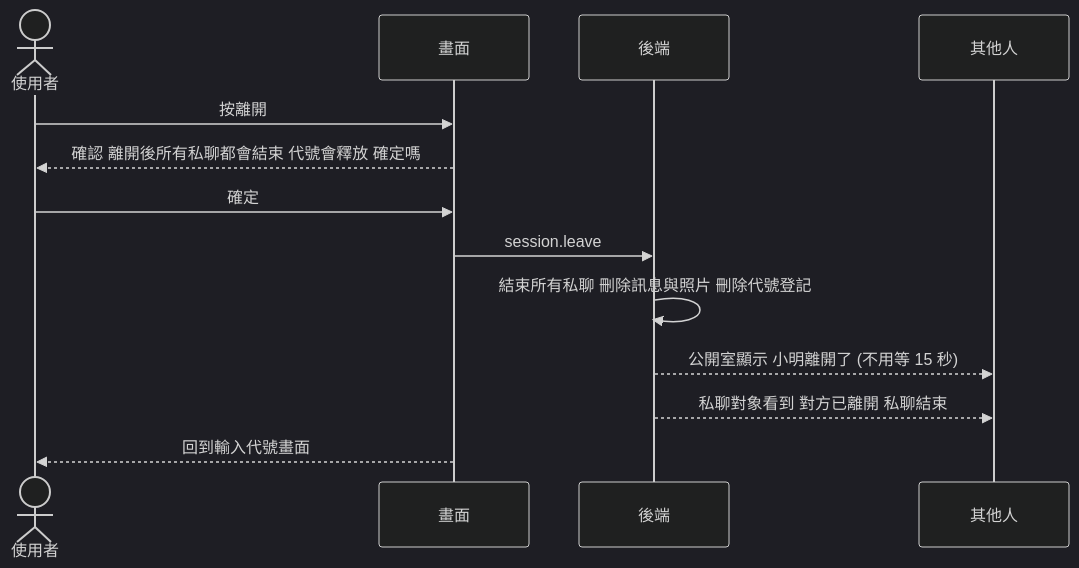
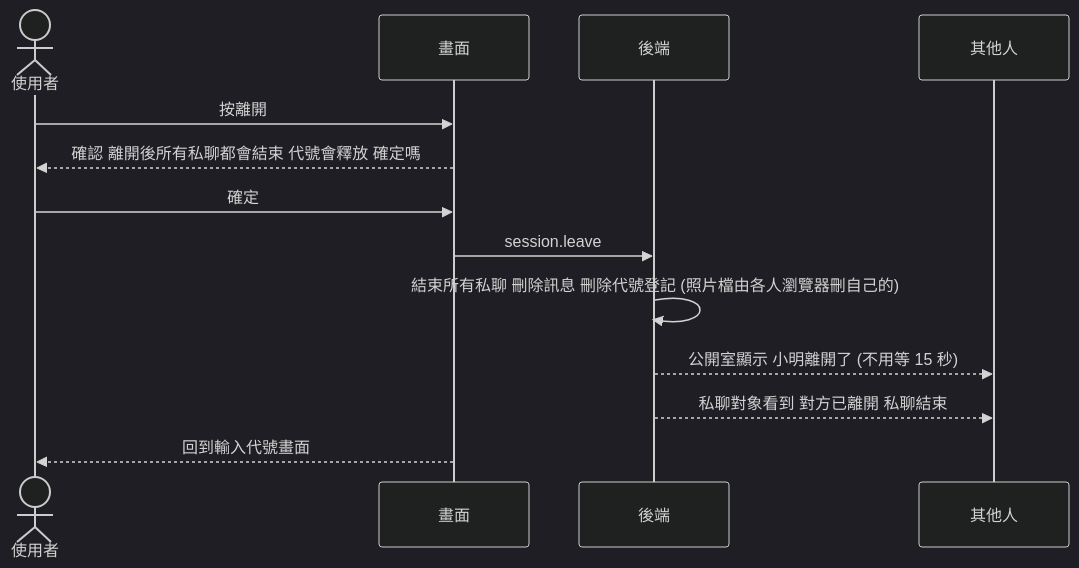
One commit to 32659-cloud/Web-page-1- changed the sixth of 7 diagrams in docs/architecture.md. Above: the diagram before and after it, drawn with Mermaid (dark theme). The commit also changed other lines of this file and 12 other files, not shown here.

````diff
--- a/docs/architecture.md
+++ b/docs/architecture.md
@@ -451,15 +456,15 @@
 ```mermaid
 sequenceDiagram
   actor U as 使用者
   participant UI as 畫面
   participant S as 後端
   participant O as 其他人
   U->>UI: 按離開
   UI-->>U: 確認 離開後所有私聊都會結束 代號會釋放 確定嗎
   U->>UI: 確定
   UI->>S: session.leave
-  S->>S: 結束所有私聊 刪除訊息與照片 刪除代號登記
+  S->>S: 結束所有私聊 刪除訊息 刪除代號登記 (照片檔由各人瀏覽器刪自己的)
   S-->>O: 公開室顯示 小明離開了 (不用等 15 秒)
   S-->>O: 私聊對象看到 對方已離開 私聊結束
   UI-->>U: 回到輸入代號畫面
 ```
````
